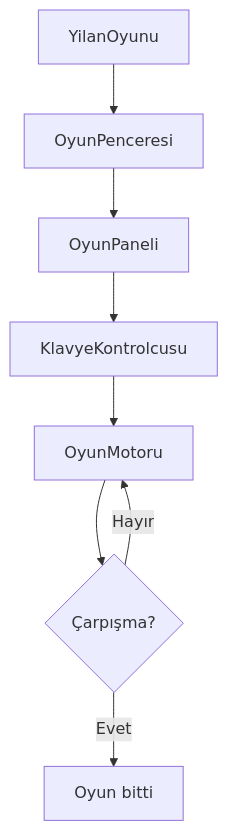
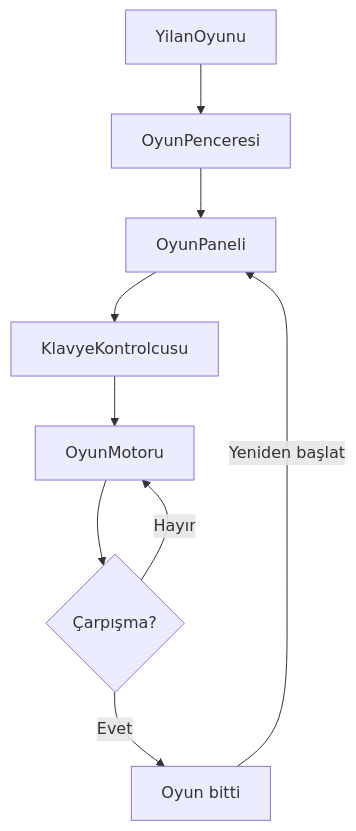
Before and after one commit to emirkvrak/SnakeGame: the diagram in README.md, drawn with Mermaid. The commit also changed other lines of this file, not shown here.

Commit message:
Restore README diagrams and gameplay documentation

````diff
--- a/README.md
+++ b/README.md
@@ -39,10 +46,11 @@
 ```mermaid
 flowchart TD
     A[YilanOyunu] --> B[OyunPenceresi]
     B --> C[OyunPaneli]
     C --> D[KlavyeKontrolcusu]
     D --> E[OyunMotoru]
     E --> F{Çarpışma?}
     F -->|Hayır| E
     F -->|Evet| G[Oyun bitti]
+    G -->|Yeniden başlat| C
 ```
````
